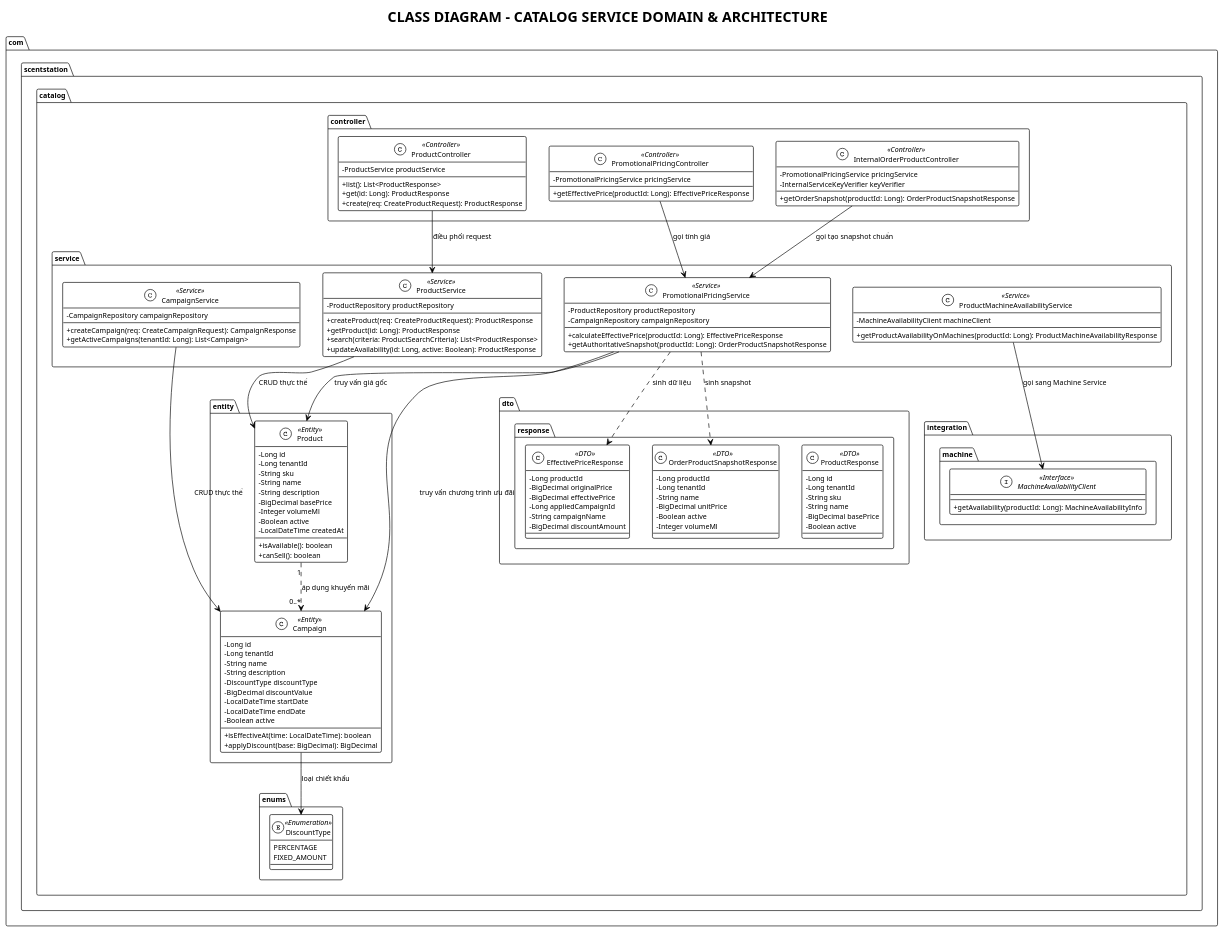
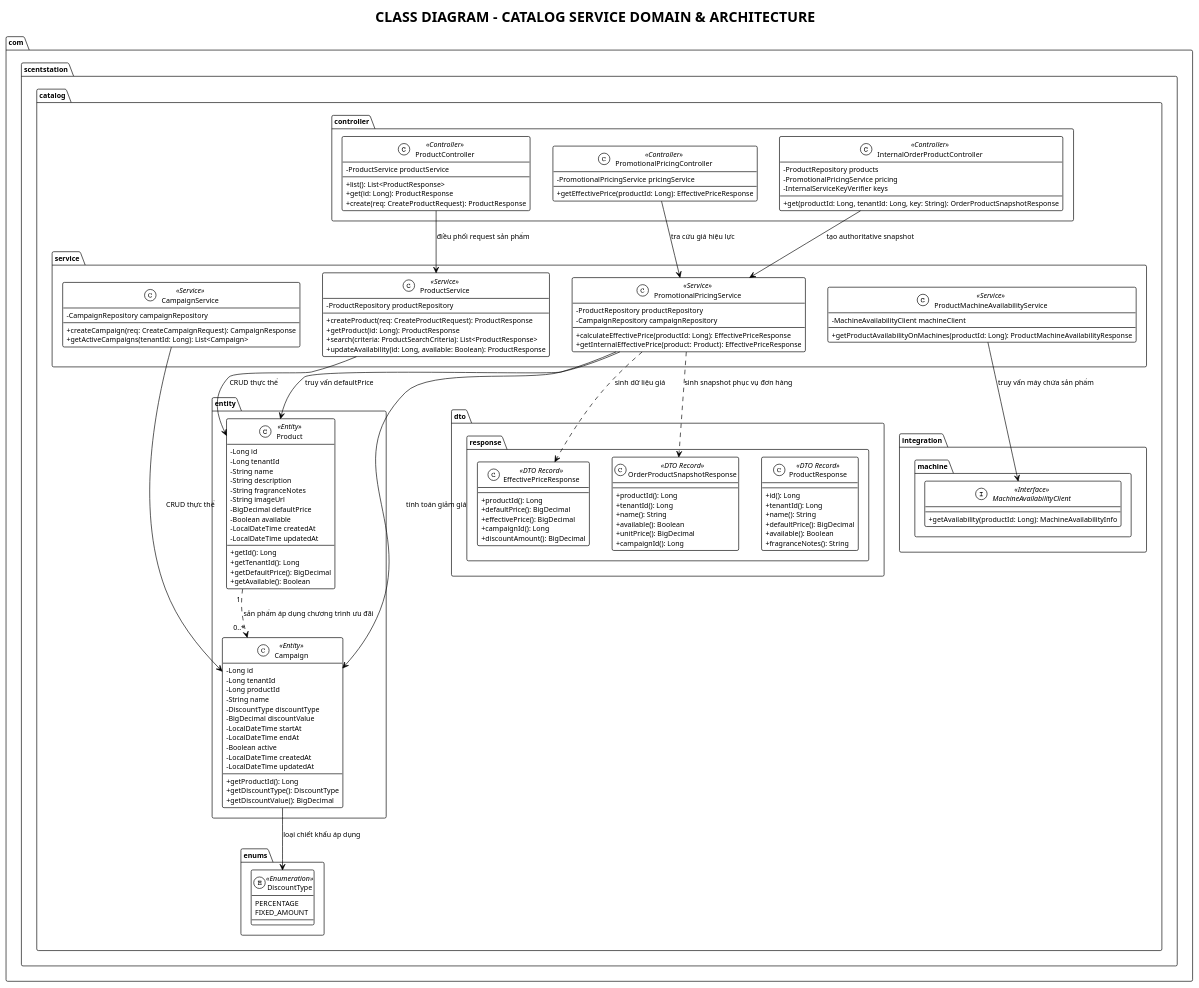
One commit to phuoc523/reportDevelopingOOPsoftware changed the diagram in architecture/catalog-service/class-diagram.puml. Above: the diagram before and after it, drawn with PlantUML. The commit also changed 13 other files, not shown here.

Commit message:
update architecture

```diff
--- a/architecture/catalog-service/class-diagram.puml
+++ b/architecture/catalog-service/class-diagram.puml
@@ -1,146 +1,152 @@
 @startuml catalog-class-diagram
 !theme plain
 skinparam classAttributeIconSize 0
 skinparam defaultFontName Arial
 skinparam defaultFontSize 11
 
 title CLASS DIAGRAM - CATALOG SERVICE DOMAIN & ARCHITECTURE
 
 package "com.scentstation.catalog.enums" {
     enum DiscountType <<Enumeration>> {
         PERCENTAGE
         FIXED_AMOUNT
     }
 }
 
 package "com.scentstation.catalog.entity" {
     class Product <<Entity>> {
         - Long id
         - Long tenantId
-        - String sku
         - String name
         - String description
-        - BigDecimal basePrice
-        - Integer volumeMl
-        - Boolean active
+        - String fragranceNotes
+        - String imageUrl
+        - BigDecimal defaultPrice
+        - Boolean available
         - LocalDateTime createdAt
-        + isAvailable(): boolean
-        + canSell(): boolean
+        - LocalDateTime updatedAt
+        + getId(): Long
+        + getTenantId(): Long
+        + getDefaultPrice(): BigDecimal
+        + getAvailable(): Boolean
     }
 
     class Campaign <<Entity>> {
         - Long id
         - Long tenantId
+        - Long productId
         - String name
-        - String description
         - DiscountType discountType
         - BigDecimal discountValue
-        - LocalDateTime startDate
-        - LocalDateTime endDate
+        - LocalDateTime startAt
+        - LocalDateTime endAt
         - Boolean active
-        + isEffectiveAt(time: LocalDateTime): boolean
-        + applyDiscount(base: BigDecimal): BigDecimal
+        - LocalDateTime createdAt
+        - LocalDateTime updatedAt
+        + getProductId(): Long
+        + getDiscountType(): DiscountType
+        + getDiscountValue(): BigDecimal
     }
 }
 
 package "com.scentstation.catalog.dto.response" {
-    class ProductResponse <<DTO>> {
-        - Long id
-        - Long tenantId
-        - String sku
-        - String name
-        - BigDecimal basePrice
-        - Boolean active
+    class ProductResponse <<DTO Record>> {
+        + id(): Long
+        + tenantId(): Long
+        + name(): String
+        + defaultPrice(): BigDecimal
+        + available(): Boolean
+        + fragranceNotes(): String
     }
 
-    class EffectivePriceResponse <<DTO>> {
-        - Long productId
-        - BigDecimal originalPrice
-        - BigDecimal effectivePrice
-        - Long appliedCampaignId
-        - String campaignName
-        - BigDecimal discountAmount
+    class EffectivePriceResponse <<DTO Record>> {
+        + productId(): Long
+        + defaultPrice(): BigDecimal
+        + effectivePrice(): BigDecimal
+        + campaignId(): Long
+        + discountAmount(): BigDecimal
     }
 
-    class OrderProductSnapshotResponse <<DTO>> {
-        - Long productId
-        - Long tenantId
-        - String name
-        - BigDecimal unitPrice
-        - Boolean active
-        - Integer volumeMl
+    class OrderProductSnapshotResponse <<DTO Record>> {
+        + productId(): Long
+        + tenantId(): Long
+        + name(): String
+        + available(): Boolean
+        + unitPrice(): BigDecimal
+        + campaignId(): Long
     }
 }
 
 package "com.scentstation.catalog.service" {
     class ProductService <<Service>> {
         - ProductRepository productRepository
         + createProduct(req: CreateProductRequest): ProductResponse
         + getProduct(id: Long): ProductResponse
         + search(criteria: ProductSearchCriteria): List<ProductResponse>
-        + updateAvailability(id: Long, active: Boolean): ProductResponse
+        + updateAvailability(id: Long, available: Boolean): ProductResponse
     }
 
     class CampaignService <<Service>> {
         - CampaignRepository campaignRepository
         + createCampaign(req: CreateCampaignRequest): CampaignResponse
         + getActiveCampaigns(tenantId: Long): List<Campaign>
     }
 
     class PromotionalPricingService <<Service>> {
         - ProductRepository productRepository
         - CampaignRepository campaignRepository
         + calculateEffectivePrice(productId: Long): EffectivePriceResponse
-        + getAuthoritativeSnapshot(productId: Long): OrderProductSnapshotResponse
+        + getInternalEffectivePrice(product: Product): EffectivePriceResponse
     }
 
     class ProductMachineAvailabilityService <<Service>> {
         - MachineAvailabilityClient machineClient
         + getProductAvailabilityOnMachines(productId: Long): ProductMachineAvailabilityResponse
     }
 }
 
 package "com.scentstation.catalog.controller" {
     class ProductController <<Controller>> {
         - ProductService productService
         + list(): List<ProductResponse>
         + get(id: Long): ProductResponse
         + create(req: CreateProductRequest): ProductResponse
     }
 
     class PromotionalPricingController <<Controller>> {
         - PromotionalPricingService pricingService
         + getEffectivePrice(productId: Long): EffectivePriceResponse
     }
 
     class InternalOrderProductController <<Controller>> {
-        - PromotionalPricingService pricingService
-        - InternalServiceKeyVerifier keyVerifier
-        + getOrderSnapshot(productId: Long): OrderProductSnapshotResponse
+        - ProductRepository products
+        - PromotionalPricingService pricing
+        - InternalServiceKeyVerifier keys
+        + get(productId: Long, tenantId: Long, key: String): OrderProductSnapshotResponse
     }
 }
 
 package "com.scentstation.catalog.integration.machine" {
     interface MachineAvailabilityClient <<Interface>> {
         + getAvailability(productId: Long): MachineAvailabilityInfo
     }
 }
 
 ' ================= QUAN HỆ UML VÀ BẢN SỐ =================
-Campaign --> DiscountType : "loại chiết khấu"
-Product "1" ..> "0..*" Campaign : "áp dụng khuyến mãi"
+Campaign --> DiscountType : "loại chiết khấu áp dụng"
+Product "1" ..> "0..*" Campaign : "sản phẩm áp dụng chương trình ưu đãi"
 
 ProductService --> Product : "CRUD thực thể"
 CampaignService --> Campaign : "CRUD thực thể"
-PromotionalPricingService --> Product : "truy vấn giá gốc"
-PromotionalPricingService --> Campaign : "truy vấn chương trình ưu đãi"
-PromotionalPricingService ..> EffectivePriceResponse : "sinh dữ liệu"
-PromotionalPricingService ..> OrderProductSnapshotResponse : "sinh snapshot"
+PromotionalPricingService --> Product : "truy vấn defaultPrice"
+PromotionalPricingService --> Campaign : "tính toán giảm giá"
+PromotionalPricingService ..> EffectivePriceResponse : "sinh dữ liệu giá"
+PromotionalPricingService ..> OrderProductSnapshotResponse : "sinh snapshot phục vụ đơn hàng"
 
-ProductController --> ProductService : "điều phối request"
-PromotionalPricingController --> PromotionalPricingService : "gọi tính giá"
-InternalOrderProductController --> PromotionalPricingService : "gọi tạo snapshot chuẩn"
+ProductController --> ProductService : "điều phối request sản phẩm"
+PromotionalPricingController --> PromotionalPricingService : "tra cứu giá hiệu lực"
+InternalOrderProductController --> PromotionalPricingService : "tạo authoritative snapshot"
 
-ProductMachineAvailabilityService --> MachineAvailabilityClient : "gọi sang Machine Service"
+ProductMachineAvailabilityService --> MachineAvailabilityClient : "truy vấn máy chứa sản phẩm"
 
 @enduml
```
